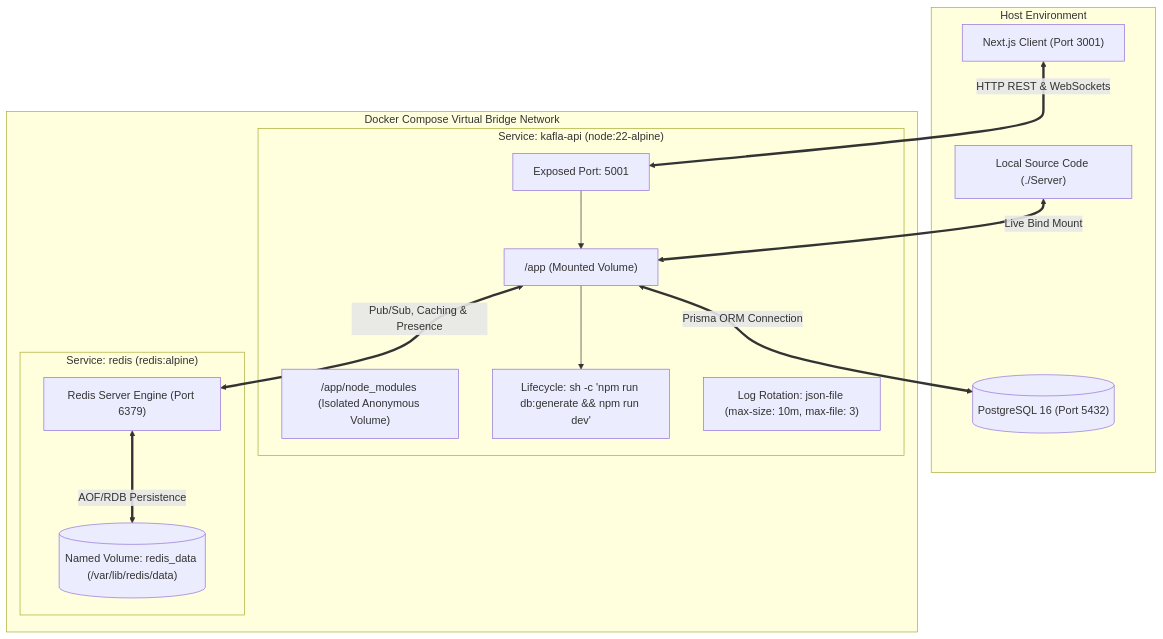
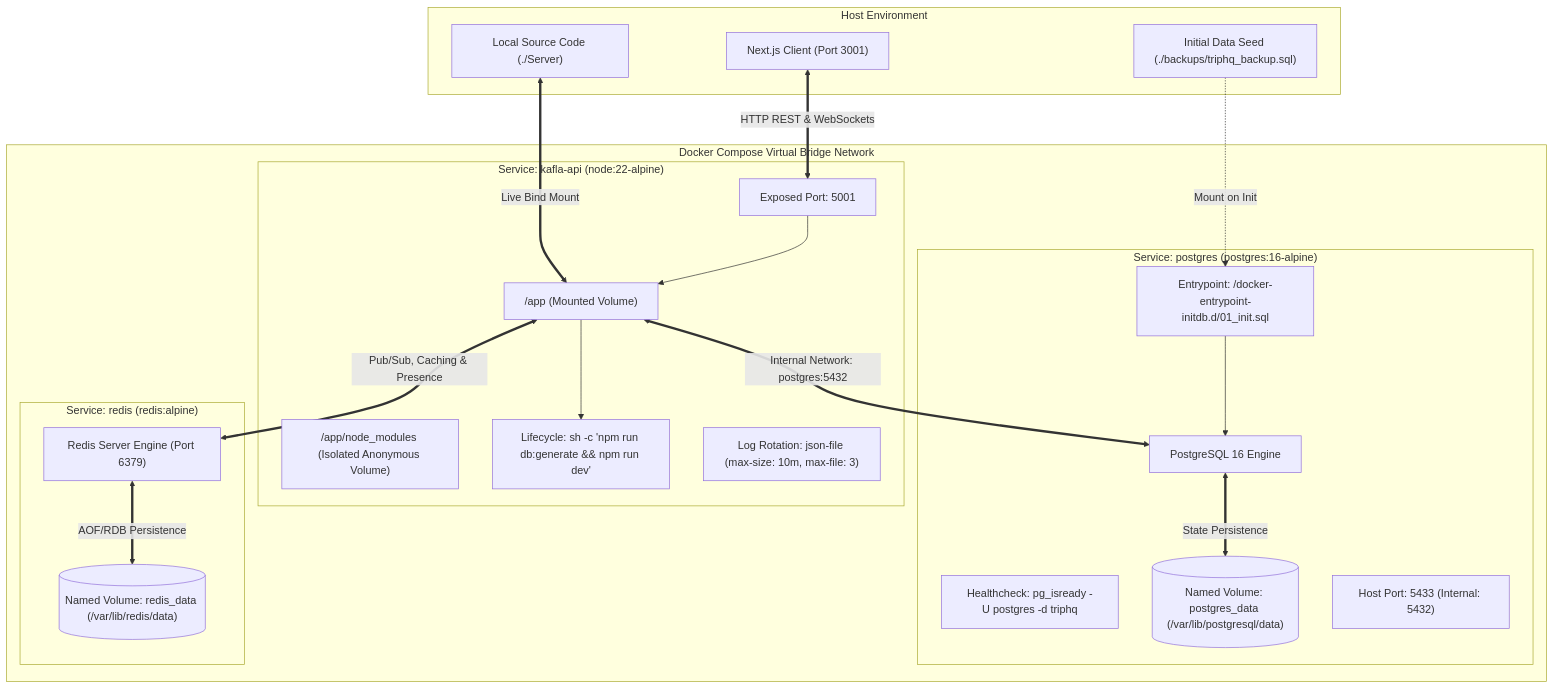
Before and after one commit to Nasif284/Kafla-server: the sixth of 6 diagrams in README.md, drawn with Mermaid. The commit also changed other lines of this file and 2 other files, not shown here.

Commit message:
feat(docker): migrate postgresql to docker-compose with automated backup restore and healthchecks

````diff
--- a/README.md
+++ b/README.md
@@ -337,31 +337,42 @@
 ```mermaid
 flowchart TD
     subgraph Host_Machine["Host Environment"]
         SRC["Local Source Code (./Server)"]
         CLIENT["Next.js Client (Port 3001)"]
-        POSTGRES[("PostgreSQL 16 (Port 5432)")]
+        BACKUP["Initial Data Seed (./backups/triphq_backup.sql)"]
     end
 
     subgraph Docker_Compose["Docker Compose Virtual Bridge Network"]
         subgraph API_Container["Service: kafla-api (node:22-alpine)"]
             APP["/app (Mounted Volume)"]
             NM["/app/node_modules (Isolated Anonymous Volume)"]
             START["Lifecycle: sh -c 'npm run db:generate && npm run dev'"]
             LOGS["Log Rotation: json-file (max-size: 10m, max-file: 3)"]
             PORT5001["Exposed Port: 5001"]
+        end
+
+        subgraph Postgres_Container["Service: postgres (postgres:16-alpine)"]
+            PG_PROC["PostgreSQL 16 Engine"]
+            PG_HEALTH["Healthcheck: pg_isready -U postgres -d triphq"]
+            PG_INIT["Entrypoint: /docker-entrypoint-initdb.d/01_init.sql"]
+            PG_VOL[("Named Volume: postgres_data (/var/lib/postgresql/data)")]
+            PORT5433["Host Port: 5433 (Internal: 5432)"]
         end
 
         subgraph Redis_Container["Service: redis (redis:alpine)"]
             REDIS_PROC["Redis Server Engine (Port 6379)"]
             REDIS_VOL[("Named Volume: redis_data (/var/lib/redis/data)")]
         end
     end
 
     SRC <==>|Live Bind Mount| APP
     APP --> START
     CLIENT <==>|HTTP REST & WebSockets| PORT5001
     PORT5001 --> APP
     APP <==>|Pub/Sub, Caching & Presence| REDIS_PROC
-    APP <==>|Prisma ORM Connection| POSTGRES
+    APP <==>|Internal Network: postgres:5432| PG_PROC
+    BACKUP -.->|Mount on Init| PG_INIT
+    PG_INIT --> PG_PROC
+    PG_PROC <==>|State Persistence| PG_VOL
     REDIS_PROC <==>|AOF/RDB Persistence| REDIS_VOL
 ```
````
